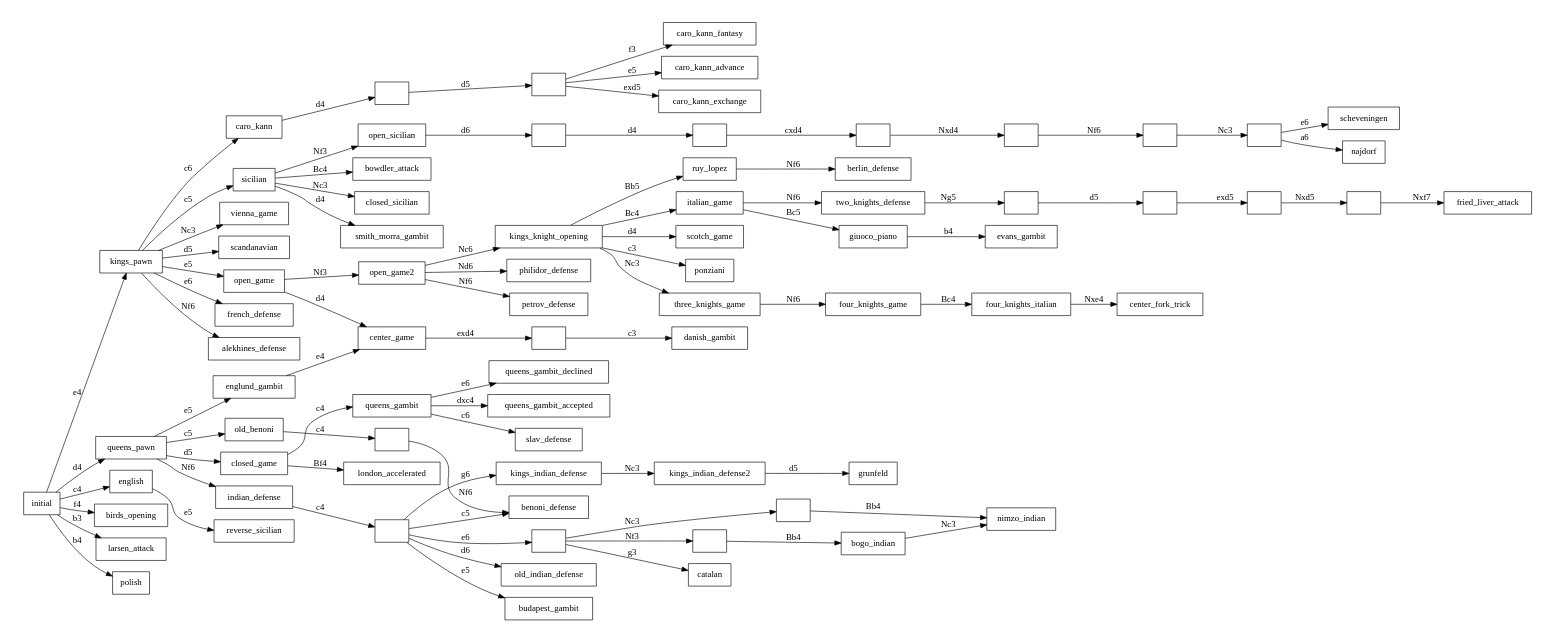
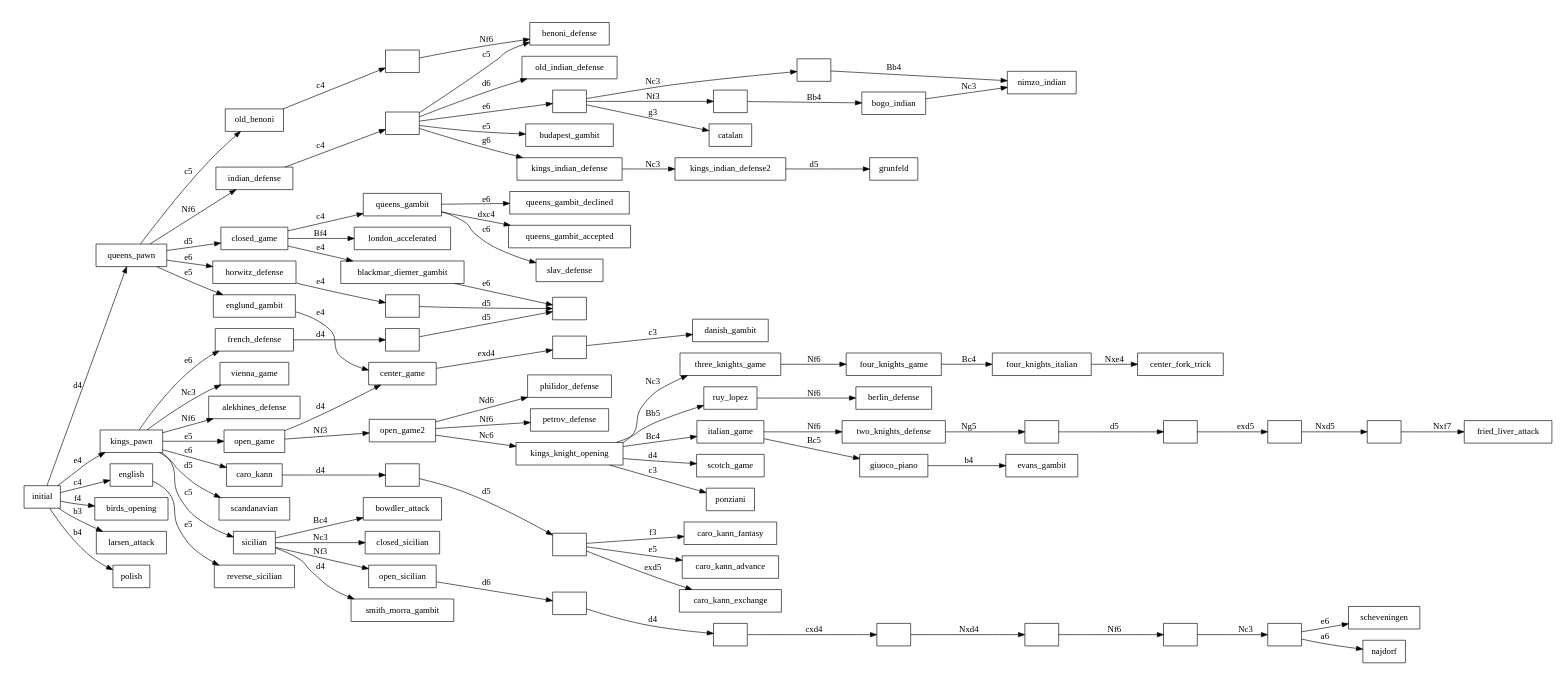
One commit to lwerdna/workbench changed the diagram in chess-openings-graph/openings.dot. Above: the diagram before and after it, drawn with Graphviz. The commit also changed 2 other files, not shown here.

Commit message:
chess-opening-graph: add some french lines

```diff
--- a/chess-openings-graph/openings.dot
+++ b/chess-openings-graph/openings.dot
@@ -1,139 +1,153 @@
 digraph chess_openings {
 	rankdir=LR;
 	size="8,5"
 
     node [shape="box"]
 	indian_defense2 [label=""];
 	indian_defense3 [label=""];
 	indian_defense4 [label=""];
 	indian_defense5 [label=""];
 	old_benoni2 [label=""];
 	two_knights_defense2 [label=""];
 	two_knights_defense3 [label=""];
 	two_knights_defense4 [label=""];
 	two_knights_defense5 [label=""];
 	caro_kann2 [label=""];
 	caro_kann3 [label=""];
 	center_game2 [label=""];
 	open_sicilian2 [label=""];
 	open_sicilian3 [label=""];
 	open_sicilian4 [label=""];
 	open_sicilian5 [label=""];
 	open_sicilian6 [label=""];
 	open_sicilian7 [label=""];
+	french_defense2 [label=""];
+	french_defense3 [label=""];
+	unnamed0 [label=""];
 
 	initial [label="initial"]
 
 	initial -> kings_pawn [label="e4"];
 	initial -> queens_pawn [label="d4"];
 	initial -> english [label="c4"];
 	initial -> birds_opening [label="f4"];
 	initial -> larsen_attack [label="b3"];
 	initial -> polish [label="b4"];
 
 	kings_pawn -> scandanavian [label="d5"];
 	kings_pawn -> open_game [label="e5"];
 	kings_pawn -> french_defense [label="e6"];	
 	kings_pawn -> alekhines_defense [label="Nf6"];
 	kings_pawn -> caro_kann [label="c6"];
 	kings_pawn -> sicilian [label="c5"];
 	kings_pawn -> vienna_game [label="Nc3"];
+
+	french_defense -> french_defense2 [label="d4"];
+	french_defense2 -> french_defense3 [label="d5"];
 
 	caro_kann -> caro_kann2 [label="d4"];
 	caro_kann2 -> caro_kann3 [label="d5"];
 	caro_kann3 -> caro_kann_advance [label="e5"];
 	caro_kann3 -> caro_kann_exchange [label="exd5"];
 	caro_kann3 -> caro_kann_fantasy [label="f3"];
 
 	sicilian -> open_sicilian [label="Nf3"];
 	sicilian -> bowdler_attack [label="Bc4"];
 	sicilian -> closed_sicilian [label="Nc3"];
 	sicilian -> smith_morra_gambit [label="d4"];
 
 	open_sicilian -> open_sicilian2 [label="d6"]
 
 	open_sicilian2 -> open_sicilian3 [label="d4"]
 	open_sicilian3 -> open_sicilian4 [label="cxd4"]
 	open_sicilian4 -> open_sicilian5 [label="Nxd4"]
 	open_sicilian5 -> open_sicilian6 [label="Nf6"]
 	open_sicilian6 -> open_sicilian7 [label="Nc3"]
 
 	open_sicilian7 -> scheveningen [label="e6"]
 	open_sicilian7 -> najdorf [label="a6"]	
 
 	english -> reverse_sicilian [label="e5"];
 
 	queens_pawn -> old_benoni [label="c5"];
 	queens_pawn -> closed_game [label="d5"];
 	queens_pawn -> englund_gambit [label="e5"];	
-	queens_pawn -> indian_defense [label="Nf6"];	
+	queens_pawn -> indian_defense [label="Nf6"];
+	queens_pawn -> horwitz_defense [label="e6"];
+
+	horwitz_defense -> unnamed0 [label="e4"];
+
+	unnamed0 -> french_defense3 [label="d5"];
 
 	englund_gambit -> center_game [label="e4"];
 
 	old_benoni -> old_benoni2 [label="c4"];
 
 	old_benoni2 -> benoni_defense [label="Nf6"];
 
 	indian_defense -> indian_defense2 [label="c4"];
 
     indian_defense2 -> benoni_defense [label="c5"];
 	indian_defense2 -> old_indian_defense [label="d6"];
 	indian_defense2 -> budapest_gambit [label="e5"];
     indian_defense2 -> indian_defense3 [label="e6"];
 	indian_defense2 -> kings_indian_defense [label="g6"];
 
 	kings_indian_defense -> kings_indian_defense2 [label="Nc3"];
 	kings_indian_defense2 -> grunfeld [label="d5"];
 
 	indian_defense3 -> catalan [label="g3"];
 	indian_defense3 -> indian_defense4 [label="Nc3"];
 	indian_defense3 -> indian_defense5 [label="Nf3"];
 
 	indian_defense4 -> nimzo_indian [label="Bb4"];
 
 	indian_defense5 -> bogo_indian [label="Bb4"];
 	bogo_indian -> nimzo_indian [label="Nc3"];
 
 	closed_game -> queens_gambit [label="c4"];
 	closed_game -> london_accelerated [label="Bf4"];
+	closed_game -> blackmar_diemer_gambit [label="e4"];
+
+	blackmar_diemer_gambit -> french_defense3 [label="e6"]
 
 	queens_gambit -> queens_gambit_declined [label="e6"];
 	queens_gambit -> queens_gambit_accepted [label="dxc4"];
 	queens_gambit -> slav_defense [label="c6"];
 
 	open_game -> open_game2 [label="Nf3"];
 	open_game -> center_game [label="d4"];	
 
 	open_game2 -> philidor_defense [label="Nd6"];
 	open_game2 -> petrov_defense [label="Nf6"];
 	open_game2 -> kings_knight_opening [label="Nc6"];
 
 	center_game -> center_game2 [label="exd4"];
 
 	center_game2 -> danish_gambit [label="c3"];
 
 	kings_knight_opening -> three_knights_game [label="Nc3"];
 	kings_knight_opening -> ruy_lopez [label="Bb5"];
 	kings_knight_opening -> italian_game [label="Bc4"];	
 	kings_knight_opening -> scotch_game [label="d4"];
 	kings_knight_opening -> ponziani [label="c3"];	
 
 	italian_game -> giuoco_piano [label="Bc5"];
 	italian_game -> two_knights_defense [label="Nf6"];
 
 	giuoco_piano -> evans_gambit [label="b4"];
 
 	ruy_lopez -> berlin_defense [label="Nf6"];
 
 	two_knights_defense -> two_knights_defense2 [label="Ng5"];
 	two_knights_defense2 -> two_knights_defense3 [label="d5"];
 	two_knights_defense3 -> two_knights_defense4 [label="exd5"];
 	two_knights_defense4 -> two_knights_defense5 [label="Nxd5"];
 	two_knights_defense5 -> fried_liver_attack [label="Nxf7"];
 
 	three_knights_game -> four_knights_game [label="Nf6"];
 
 	four_knights_game -> four_knights_italian [label="Bc4"];
 
 	four_knights_italian -> center_fork_trick [label="Nxe4"];
 }
```
